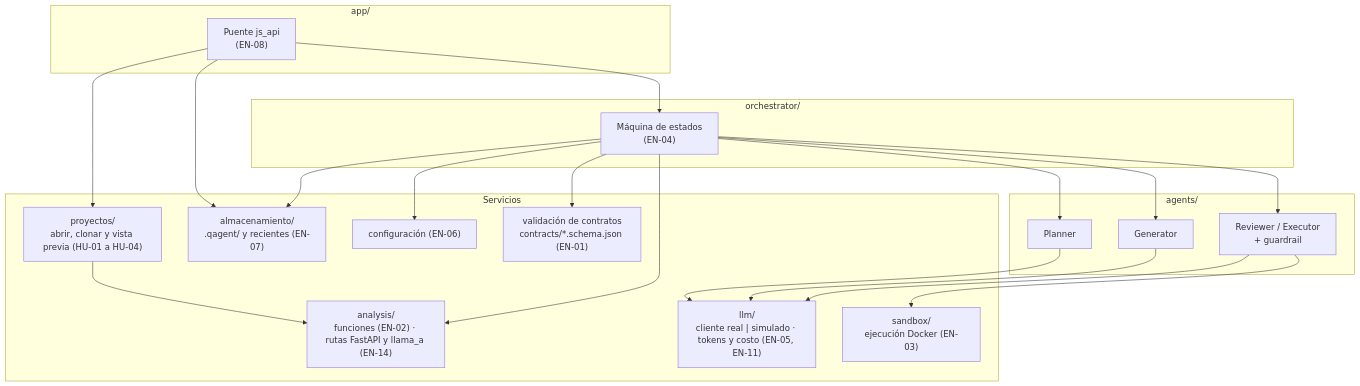
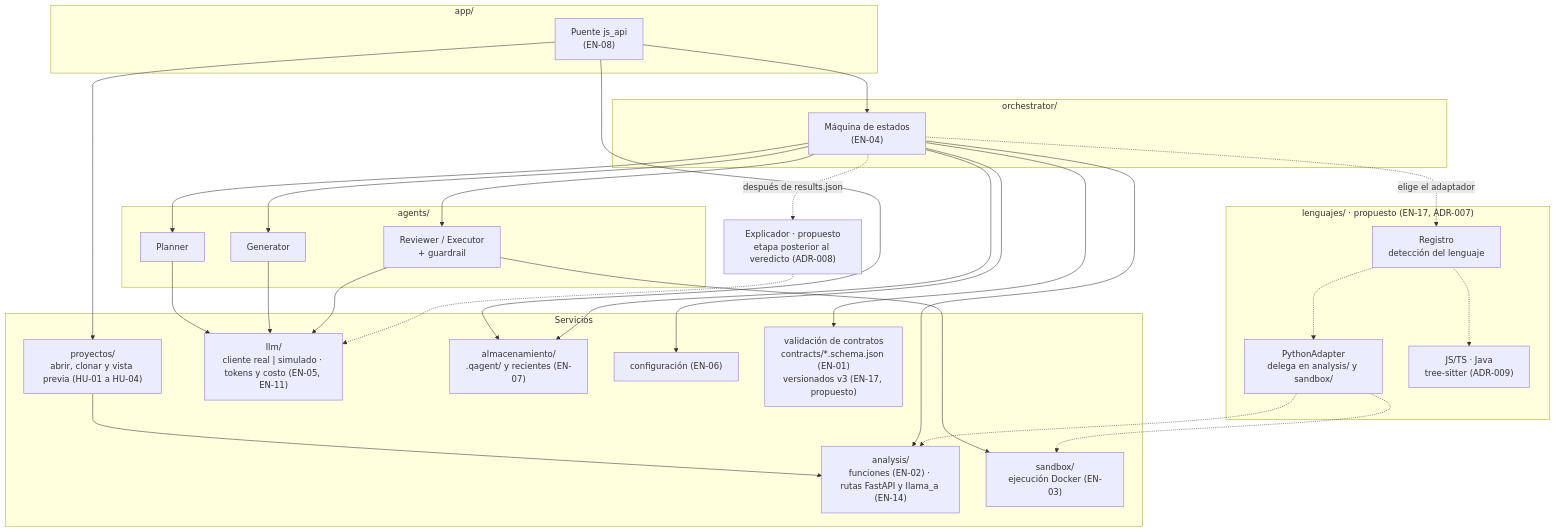
The third of 12 diagrams in docs/arquitectura.md (AngelOncoy/QAgent), drawn with Mermaid before and after one commit. The commit also changed other lines of this file, not shown here.

First line of the commit message:
docs(EN-20): arquitectura del Sprint 2 en docs/arquitectura.md

````diff
--- a/docs/arquitectura.md
+++ b/docs/arquitectura.md
@@ -125,31 +142,42 @@
 ```mermaid
 flowchart TB
     subgraph APPL["app/"]
         BRIDGE["Puente js_api<br/>(EN-08)"]
     end
     subgraph ORCH["orchestrator/"]
         ORQ["Máquina de estados<br/>(EN-04)"]
     end
     subgraph AGENTS["agents/"]
         PL["Planner"]
         GE["Generator"]
         RE["Reviewer / Executor<br/>+ guardrail"]
     end
     subgraph SERV["Servicios"]
         AN["analysis/<br/>funciones (EN-02) · rutas FastAPI y llama_a (EN-14)"]
         PRY["proyectos/<br/>abrir, clonar y vista previa (HU-01 a HU-04)"]
         LLM["llm/<br/>cliente real | simulado · tokens y costo (EN-05, EN-11)"]
         SBX["sandbox/<br/>ejecución Docker (EN-03)"]
         STO["almacenamiento/<br/>.qagent/ y recientes (EN-07)"]
         CFG["configuración (EN-06)"]
-        CON["validación de contratos<br/>contracts/*.schema.json (EN-01)"]
+        CON["validación de contratos<br/>contracts/*.schema.json (EN-01)<br/>versionados v3 (EN-17, propuesto)"]
     end
+    subgraph LEN["lenguajes/ · propuesto (EN-17, ADR-007)"]
+        REG["Registro<br/>detección del lenguaje"]
+        PYA["PythonAdapter<br/>delega en analysis/ y sandbox/"]
+        OTR["JS/TS · Java<br/>tree-sitter (ADR-009)"]
+    end
+    EXP["Explicador · propuesto<br/>etapa posterior al veredicto (ADR-008)"]
 
     BRIDGE --> ORQ
     BRIDGE --> PRY & STO
     PRY --> AN
     ORQ --> PL & GE & RE
     ORQ --> AN & STO & CFG & CON
     PL & GE & RE --> LLM
     RE --> SBX
+    REG -.-> PYA & OTR
+    PYA -.-> AN & SBX
+    ORQ -. "elige el adaptador" .-> REG
+    ORQ -. "después de results.json" .-> EXP
+    EXP -.-> LLM
 ```
````
